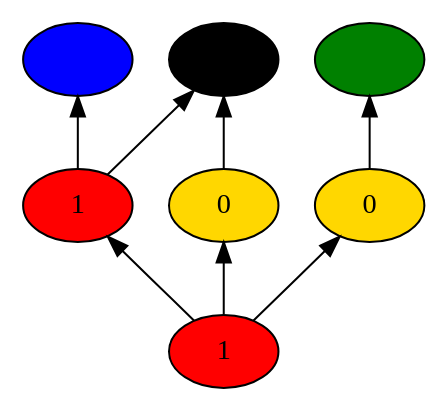
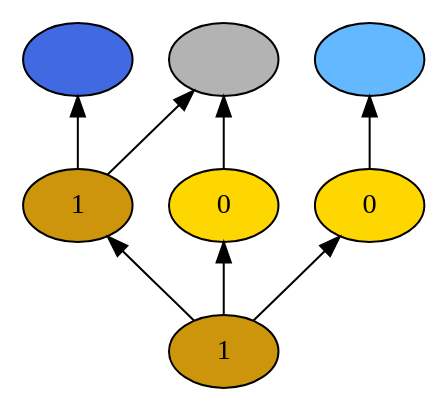
One commit to probcomp/Venturecxx changed the diagram in backend/cxx/pdf_graphs/tutorial_1/dot17.dot. Above: the diagram before and after it, drawn with Graphviz. The commit also changed 108 other files, not shown here.

```diff
--- a/backend/cxx/pdf_graphs/tutorial_1/dot17.dot
+++ b/backend/cxx/pdf_graphs/tutorial_1/dot17.dot
@@ -1,18 +1,18 @@
 digraph {
 rankdir=BT
 fontsize=24
-1["shape" ="ellipse" "style" ="filled" "fillcolor" ="red" "label" ="1" ]
-2["shape" ="ellipse" "style" ="filled" "fillcolor" ="red" "label" ="1" ]
+1["shape" ="ellipse" "style" ="filled" "fillcolor" ="darkgoldenrod3" "label" ="1" ]
+2["shape" ="ellipse" "style" ="filled" "fillcolor" ="darkgoldenrod3" "label" ="1" ]
 3["shape" ="ellipse" "style" ="filled" "fillcolor" ="gold" "label" ="0" ]
 4["shape" ="ellipse" "style" ="filled" "fillcolor" ="gold" "label" ="0" ]
-5["shape" ="ellipse" "style" ="filled" "fillcolor" ="blue" "label" ="" ]
-6["shape" ="ellipse" "style" ="filled" "fillcolor" ="black" "label" ="" ]
-7["shape" ="ellipse" "style" ="filled" "fillcolor" ="green" "label" ="" ]
+5["shape" ="ellipse" "style" ="filled" "fillcolor" ="royalblue" "label" ="" ]
+6["shape" ="ellipse" "style" ="filled" "fillcolor" ="grey70" "label" ="" ]
+7["shape" ="ellipse" "style" ="filled" "fillcolor" ="steelblue1" "label" ="" ]
 1 -> 2["color" ="black" "style" ="solid" "arrowhead" ="normal" ]
 1 -> 3["color" ="black" "style" ="solid" "arrowhead" ="normal" ]
 1 -> 4["color" ="black" "style" ="solid" "arrowhead" ="normal" ]
 2 -> 5["color" ="black" "style" ="solid" "arrowhead" ="normal" ]
 2 -> 6["color" ="black" "style" ="solid" "arrowhead" ="normal" ]
 3 -> 6["color" ="black" "style" ="solid" "arrowhead" ="normal" ]
 4 -> 7["color" ="black" "style" ="solid" "arrowhead" ="normal" ]
 }
```
